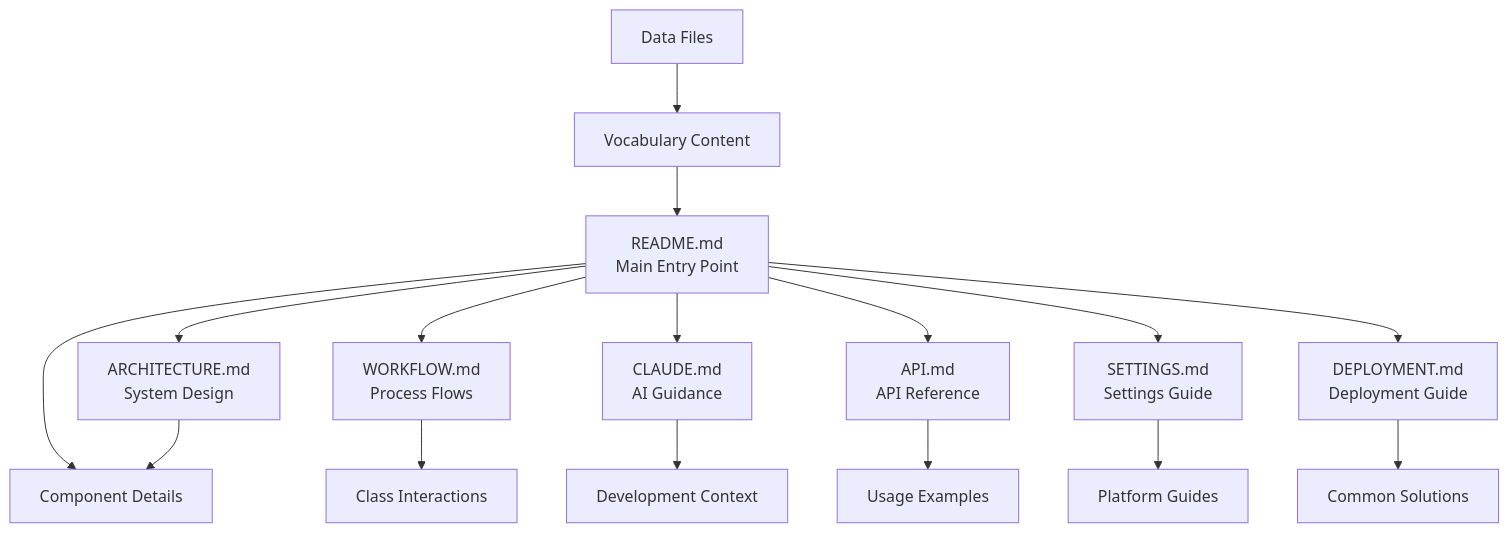
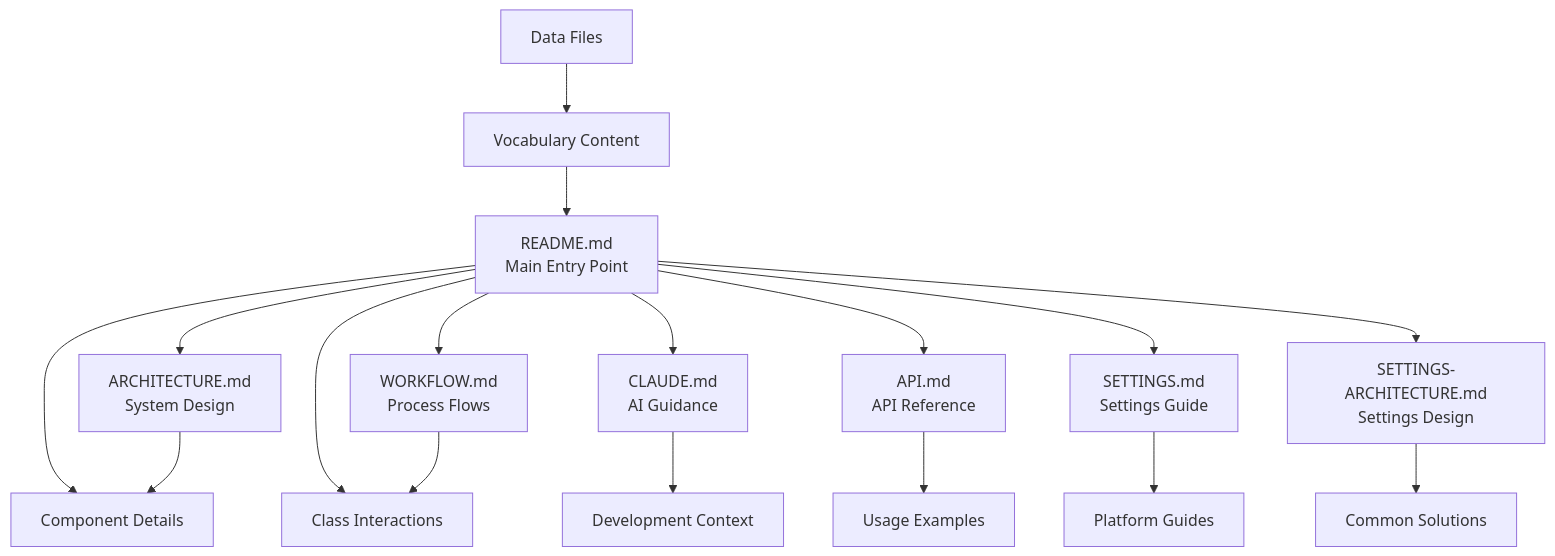
Before and after one commit to david3xu/ccl-pronunciation-trainer: the diagram in docs/README.md, drawn with Mermaid. The commit also changed other lines of this file and 18 other files, not shown here.

````diff
--- a/docs/README.md
+++ b/docs/README.md
@@ -40,20 +41,21 @@
 ```mermaid
 graph TD
     A[README.md<br/>Main Entry Point] --> B[ARCHITECTURE.md<br/>System Design]
     A --> C[WORKFLOW.md<br/>Process Flows]
     A --> D[CLAUDE.md<br/>AI Guidance]
     A --> E[API.md<br/>API Reference]
     A --> F[SETTINGS.md<br/>Settings Guide]
-    A --> G[DEPLOYMENT.md<br/>Deployment Guide]
-    A --> H[TROUBLESHOOTING.md<br/>Issue Resolution]
+    A --> G[SETTINGS-ARCHITECTURE.md<br/>Settings Design]
+    A --> H[DEPLOYMENT.md<br/>Deployment Guide]
+    A --> I[TROUBLESHOOTING.md<br/>Issue Resolution]
 
     B --> H[Component Details]
     C --> I[Class Interactions]
     D --> J[Development Context]
     E --> K[Usage Examples]
     F --> L[Platform Guides]
     G --> M[Common Solutions]
 
     N[Data Files] --> O[Vocabulary Content]
     O --> A
 ```
````
